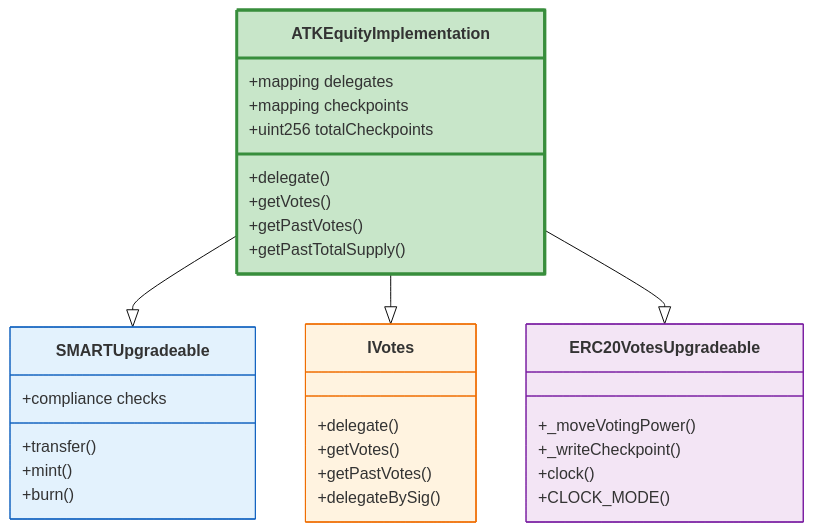
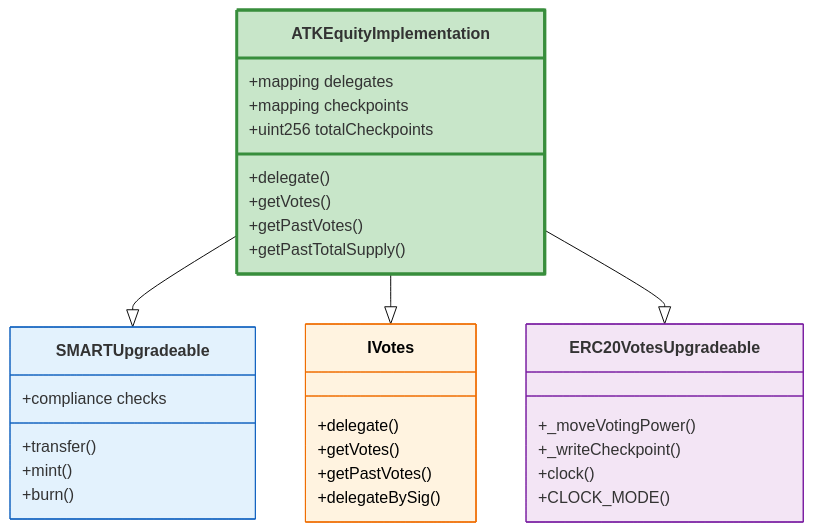
The first of 7 diagrams in designdocs/04-equity-asset-workflow.md (settlemint/asset-tokenization-kit), drawn with Mermaid (base theme) before and after one commit. The commit also changed other lines of this file and 17 other files, not shown here.

````diff
--- a/designdocs/04-equity-asset-workflow.md
+++ b/designdocs/04-equity-asset-workflow.md
@@ -9,43 +9,43 @@
 ```mermaid
 classDiagram
     class ATKEquityImplementation {
         +mapping delegates
         +mapping checkpoints
         +uint256 totalCheckpoints
         
         +delegate()
         +getVotes()
         +getPastVotes()
         +getPastTotalSupply()
     }
     
     class SMARTUpgradeable {
         +transfer()
         +mint()
         +burn()
         +compliance checks
     }
     
     class IVotes {
         +delegate()
         +getVotes()
         +getPastVotes()
         +delegateBySig()
     }
     
     class ERC20VotesUpgradeable {
         +_moveVotingPower()
         +_writeCheckpoint()
         +clock()
         +CLOCK_MODE()
     }
     
     ATKEquityImplementation --|> SMARTUpgradeable
     ATKEquityImplementation --|> IVotes
     ATKEquityImplementation --|> ERC20VotesUpgradeable
     
     style ATKEquityImplementation fill:#c8e6c9,stroke:#388e3c,stroke-width:3px
     style SMARTUpgradeable fill:#e3f2fd,stroke:#1565c0
-    style IVotes fill:#fff3e0,stroke:#ef6c00
+    style IVotes fill:#fff3e0,stroke:#ef6c00,color:#000000,color:#000000
     style ERC20VotesUpgradeable fill:#f3e5f5,stroke:#7b1fa2
 ```
````
